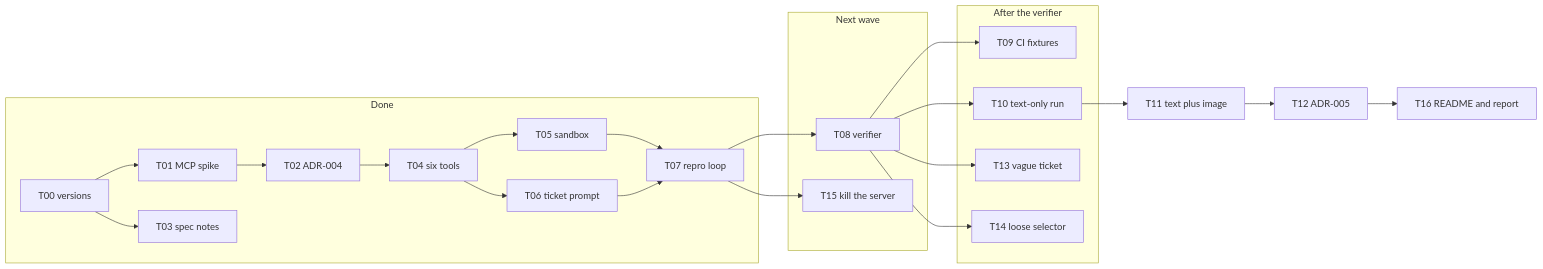
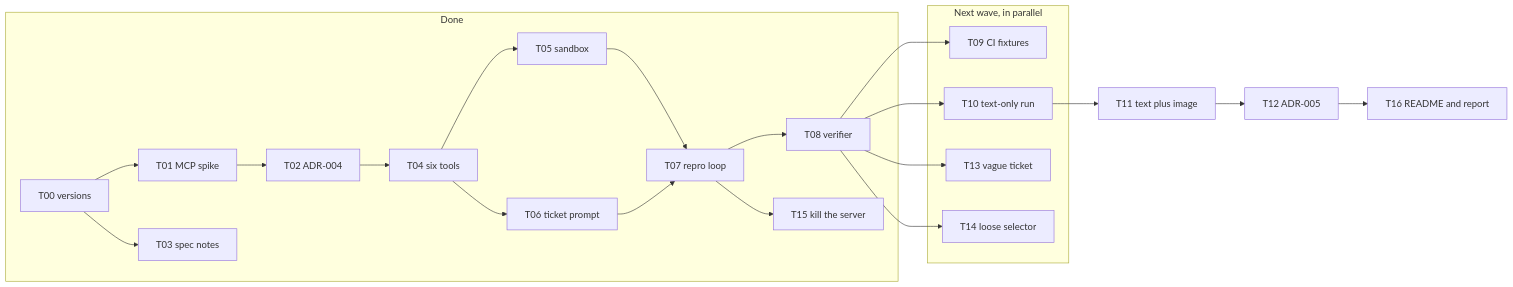
The first of 2 diagrams in docs/architecture/p1.md (vibhu-0511/argus), drawn with Mermaid before and after one commit. The commit also changed other lines of this file and 17 other files, not shown here.

````diff
--- a/docs/architecture/p1.md
+++ b/docs/architecture/p1.md
@@ -7,43 +7,41 @@
 ```mermaid
 flowchart LR
   subgraph done [Done]
     T00[T00 versions]
     T01[T01 MCP spike]
     T03[T03 spec notes]
     T02[T02 ADR-004]
     T04[T04 six tools]
     T05[T05 sandbox]
     T06[T06 ticket prompt]
     T07[T07 repro loop]
-  end
-  subgraph next [Next wave]
     T08[T08 verifier]
     T15[T15 kill the server]
   end
-  subgraph after [After the verifier]
+  subgraph after [Next wave, in parallel]
     T09[T09 CI fixtures]
     T10[T10 text-only run]
     T13[T13 vague ticket]
     T14[T14 loose selector]
   end
   T11[T11 text plus image]
   T12[T12 ADR-005]
   T16[T16 README and report]
   T00 --> T01
   T00 --> T03
   T01 --> T02
   T02 --> T04
   T04 --> T05
   T04 --> T06
   T05 --> T07
   T06 --> T07
   T07 --> T08
   T07 --> T15
   T08 --> T09
   T08 --> T10
   T08 --> T13
   T08 --> T14
   T10 --> T11
   T11 --> T12
   T12 --> T16
 ```
````
